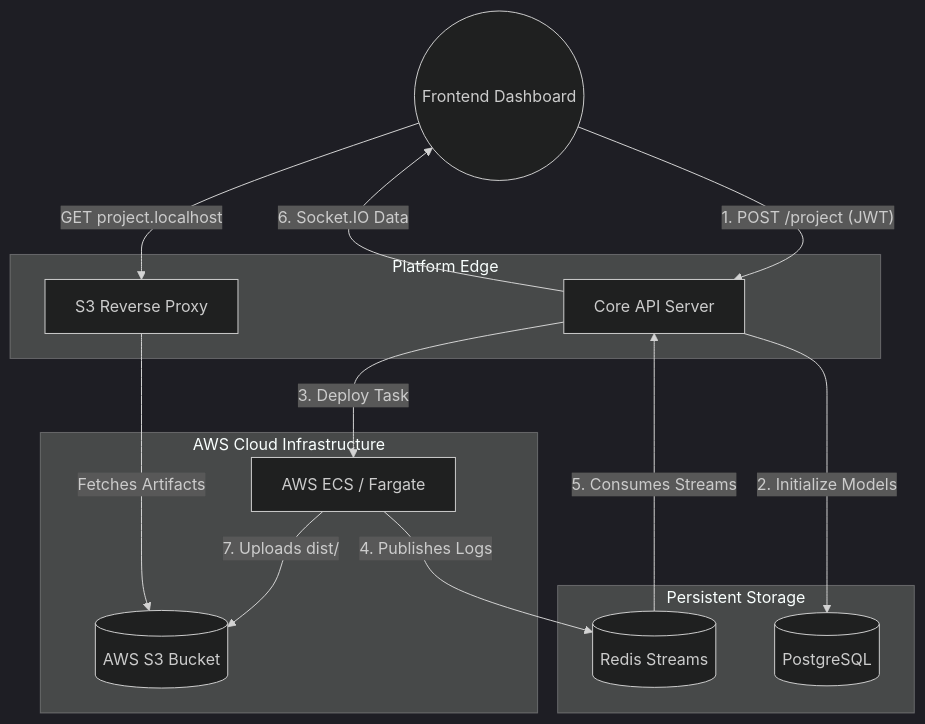
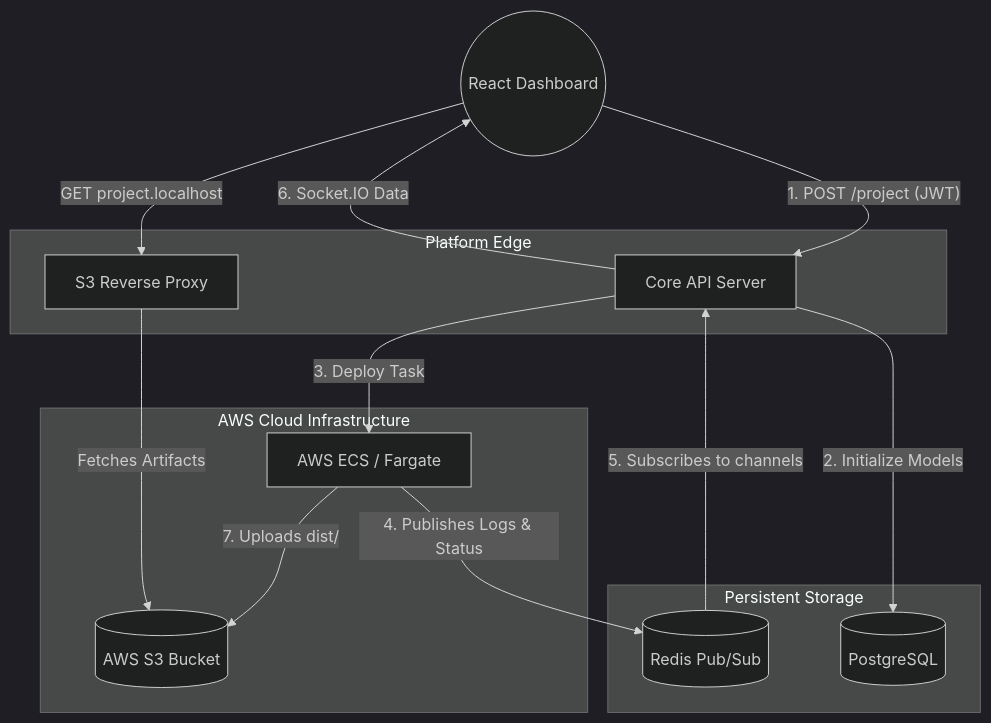
Before and after one commit to sampremm/vercel-backend: the first of 3 diagrams in README.md, drawn with Mermaid (dark theme). The commit also changed other lines of this file, not shown here.

Commit message:
docs: update README with detailed system architecture, flowchart, and sequence diagrams

````diff
--- a/README.md
+++ b/README.md
@@ -12,32 +25,32 @@
 ```mermaid
 graph TD
-    Client((Frontend Dashboard))
+    Client((React Dashboard))
 
     subgraph Platform Edge
         Proxy[S3 Reverse Proxy]
         API[Core API Server]
     end
 
     subgraph AWS Cloud Infrastructure
         ECS[AWS ECS / Fargate]
         S3[(AWS S3 Bucket)]
     end
     
     subgraph Persistent Storage
-        Redis[(Redis Streams)]
+        Redis[(Redis Pub/Sub)]
         DB[(PostgreSQL)]
     end
 
     Client -- "1. POST /project (JWT)" --> API
     API -- "2. Initialize Models" --> DB
     API -- "3. Deploy Task" --> ECS
     
-    ECS -- "4. Publishes Logs" --> Redis
-    Redis -- "5. Consumes Streams" --> API
+    ECS -- "4. Publishes Logs & Status" --> Redis
+    Redis -- "5. Subscribes to channels" --> API
     API -- "6. Socket.IO Data" --> Client
     
     ECS -- "7. Uploads dist/" --> S3
     
     Client -- "GET project.localhost" --> Proxy
     Proxy -- "Fetches Artifacts" --> S3
 ```
````
